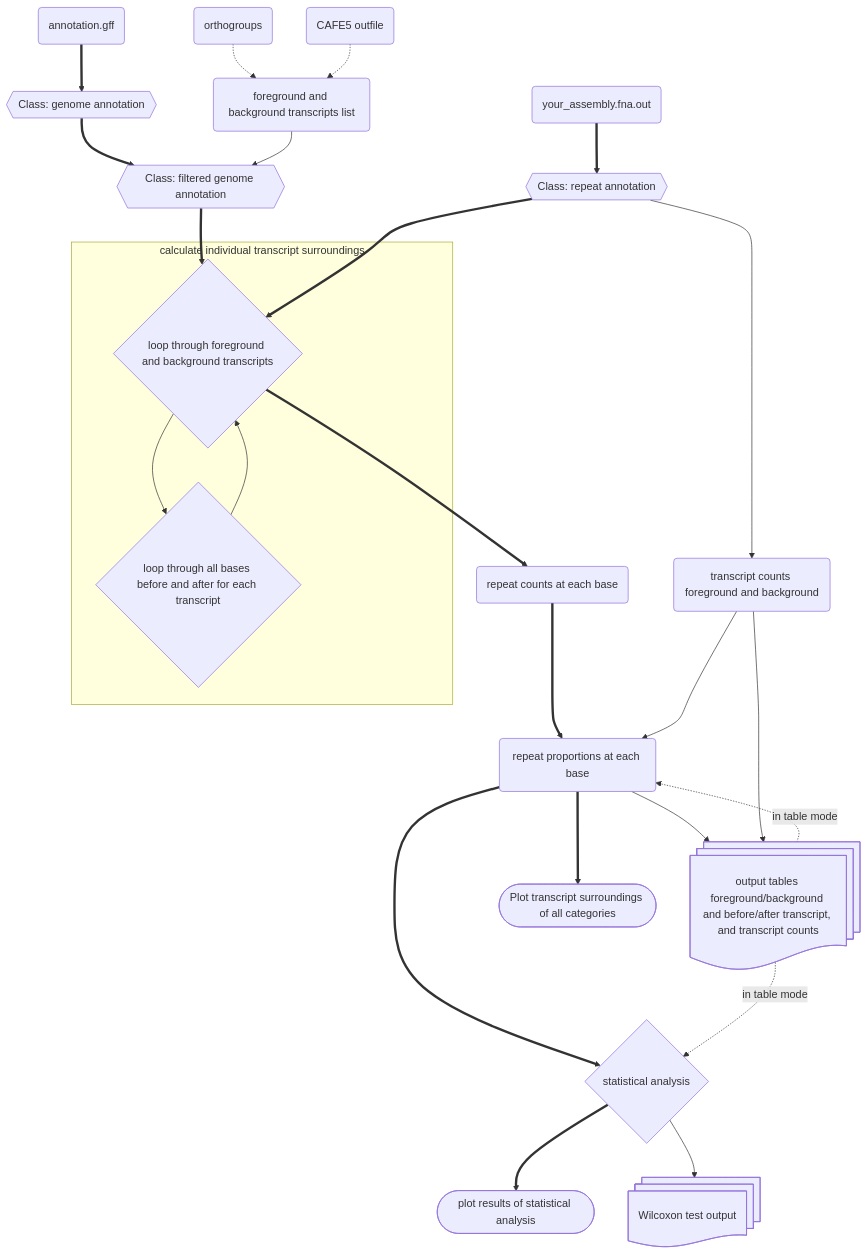
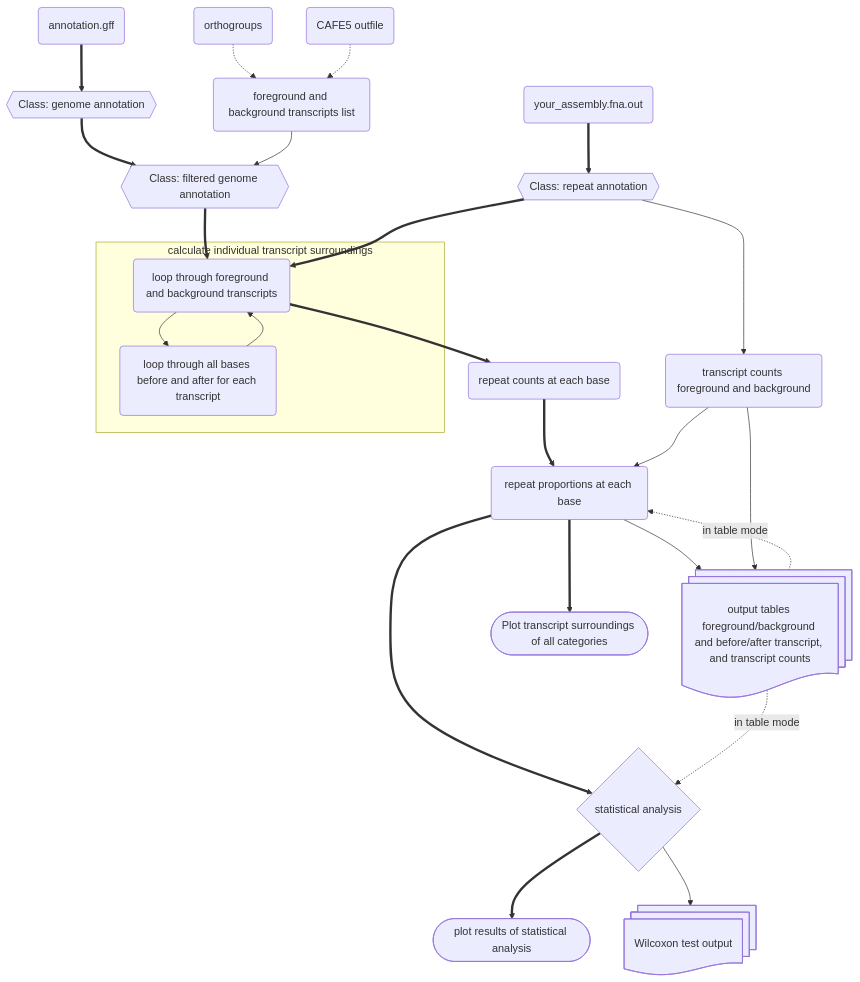
One commit to milena-t/ReVis changed the second of 2 diagrams in README.md. Above: the diagram before and after it, drawn with Mermaid.

Commit message:
moremermaid

````diff
--- a/README.md
+++ b/README.md
@@ -269,42 +269,42 @@
 ```mermaid
 graph TD;
     infile_out(your_assembly.fna.out);
     infile_out ==> rep_annot{{Class: repeat annotation}};
     rep_annot --> tr_count(transcript counts foreground and background);
 
     infile_annot(annotation.gff);
     infile_annot ==> gene_annot{{Class: genome annotation}};
 
     OGs(orthogroups);
     CAFE(CAFE5 outfile);
 
     OGs -.-> tr_list(foreground and background transcripts list);
     CAFE -.-> tr_list
 
     gene_annot ==> filt_gene_annot{{Class: filtered genome annotation}};
     tr_list --> filt_gene_annot
     
-    filt_gene_annot ==> loop_tr{loop through foreground and background transcripts};
+    filt_gene_annot ==> loop_tr(loop through foreground and background transcripts);
     rep_annot ==> loop_tr
-    loop_bp{loop through all bases before and after for each transcript};
+    loop_bp(loop through all bases before and after for each transcript);
     subgraph calculate individual transcript surroundings
     loop_tr --> loop_bp
     loop_bp --> loop_tr
     end
 
     loop_tr ==> rep_counts(repeat counts at each base);
     rep_counts ==> rep_prop(repeat proportions at each base);
     tr_count --> rep_prop
 
     rep_prop --> out_tab@{ shape: docs, label: "output tables foreground/background and before/after transcript, and transcript counts" };
     tr_count --> out_tab
 
     rep_prop ==> stats{statistical analysis};
     rep_prop ==> plot_all([Plot transcript surroundings of all categories])
 
     stats ==> stats_out([plot results of statistical analysis]) 
     stats --> stats_tab@{ shape: docs, label: "Wilcoxon test output" };
 
     out_tab -. in table mode .-> stats
     out_tab -. in table mode .-> rep_prop
 ```   
````
